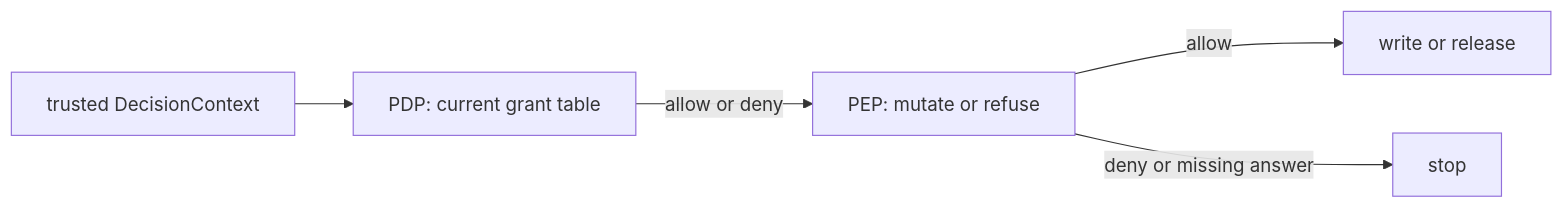
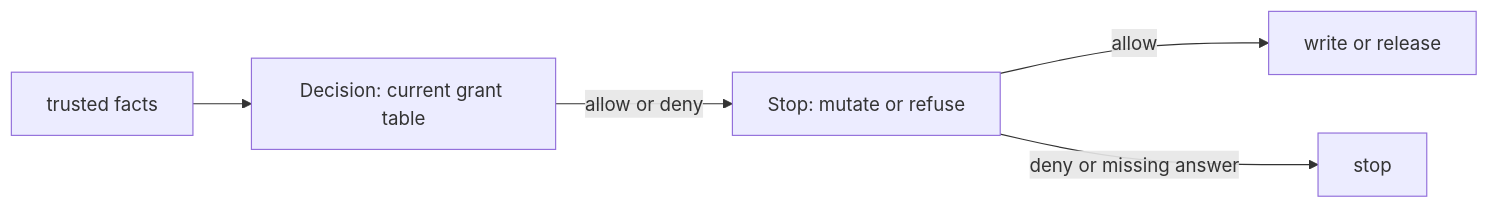
One commit to ishitvagoel/LearnSecurity changed the diagram in content/modules/1/1.2/lessons/04-build.md. Above: the diagram before and after it, drawn with Mermaid. The commit also changed other lines of this file and 7 other files, not shown here.

````diff
--- a/content/modules/1/1.2/lessons/04-build.md
+++ b/content/modules/1/1.2/lessons/04-build.md
@@ -20,10 +19,10 @@
 ```mermaid
 flowchart LR
-  ctx["trusted DecisionContext"]
-  pdp["PDP: current grant table"]
-  pep["PEP: mutate or refuse"]
+  ctx["trusted facts"]
+  pdp["Decision: current grant table"]
+  pep["Stop: mutate or refuse"]
   ctx --> pdp
   pdp -->|"allow or deny"| pep
   pep -->|"allow"| write["write or release"]
   pep -->|"deny or missing answer"| stop["stop"]
 ```
````
